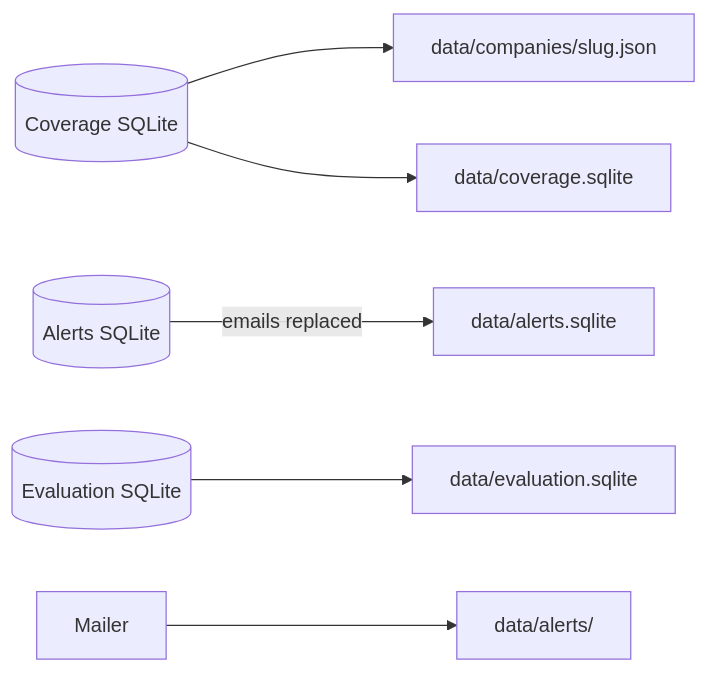
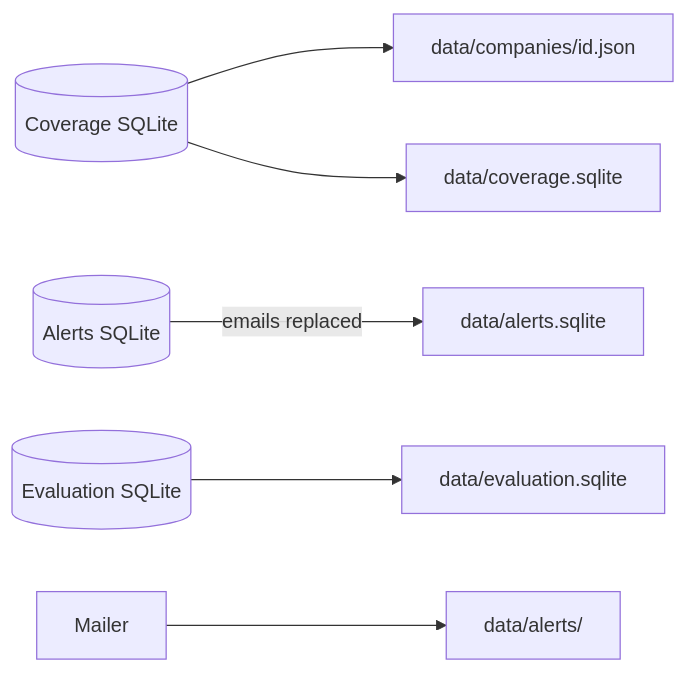
The eighth of 8 diagrams in docs/ARCHITECTURE.md (itayavtalyon/press-mentions), drawn with Mermaid before and after one commit. The commit also changed other lines of this file and 32 other files, not shown here.

````diff
--- a/docs/ARCHITECTURE.md
+++ b/docs/ARCHITECTURE.md
@@ -226,17 +225,17 @@
 ```mermaid
 flowchart LR
   coverage[(Coverage SQLite)]
   alerts[(Alerts SQLite)]
   evaluation[(Evaluation SQLite)]
-  json[data/companies/slug.json]
+  json[data/companies/id.json]
   covCopy[data/coverage.sqlite]
   alertsCopy[data/alerts.sqlite]
   evalCopy[data/evaluation.sqlite]
   mail[Mailer]
   alertFiles[data/alerts/]
   coverage --> json
   coverage --> covCopy
   alerts -->|emails replaced| alertsCopy
   evaluation --> evalCopy
   mail --> alertFiles
 ```
````
